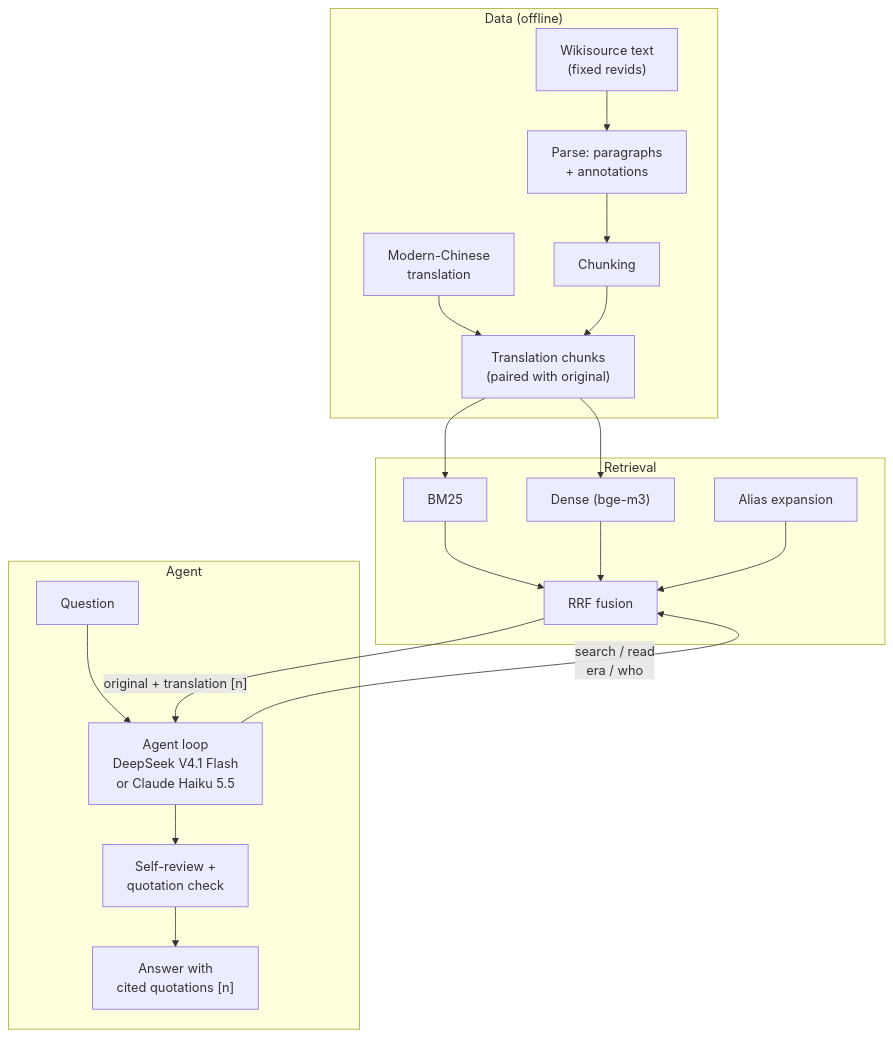
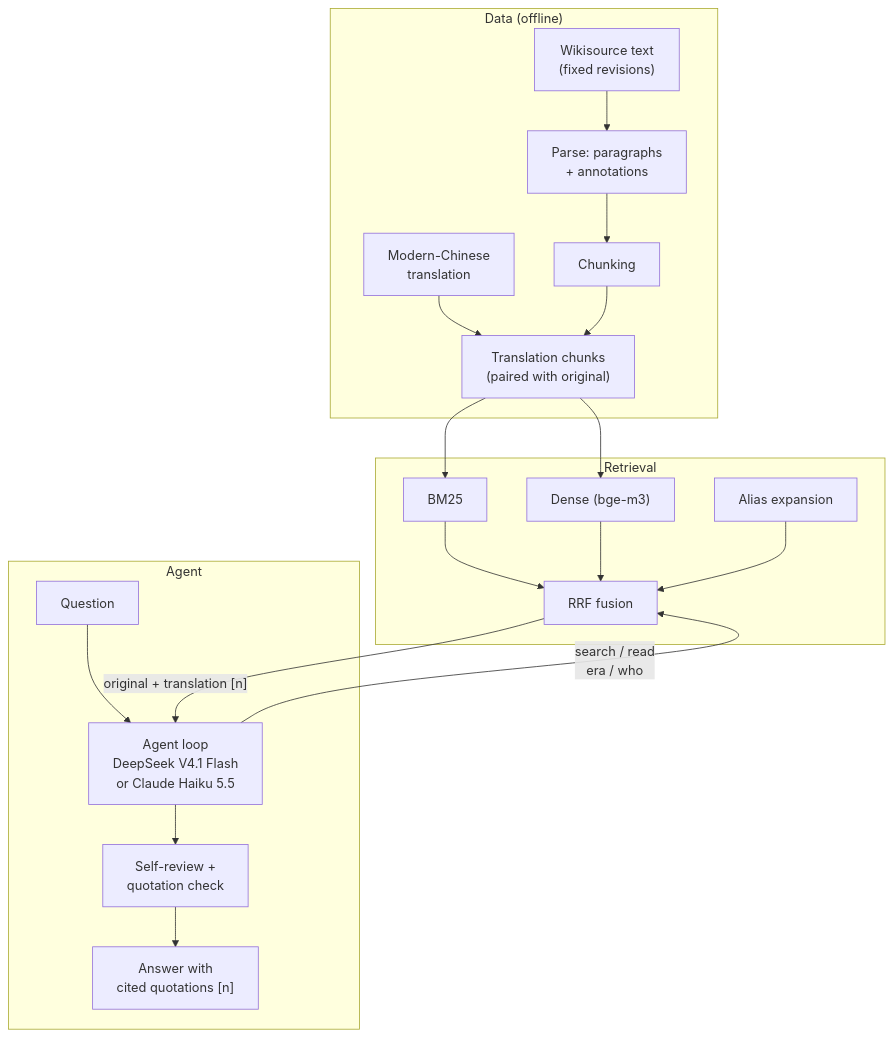
One commit to DynHelium/sanguozhi-rag changed the diagram in README.md. Above: the diagram before and after it, drawn with Mermaid. The commit also changed other lines of this file and 15 other files, not shown here.

````diff
--- a/README.md
+++ b/README.md
@@ -201,23 +75,23 @@
 ```mermaid
 flowchart TB
     subgraph data["Data (offline)"]
-        W["Wikisource text<br/>(fixed revids)"] --> P["Parse: paragraphs<br/>+ annotations"]
+        W["Wikisource text<br/>(fixed revisions)"] --> P["Parse: paragraphs<br/>+ annotations"]
         P --> C["Chunking"]
         T["Modern-Chinese<br/>translation"] --> TC["Translation chunks<br/>(paired with original)"]
         C --> TC
     end
     subgraph retrieval["Retrieval"]
         B["BM25"] --> F["RRF fusion"]
         D["Dense (bge-m3)"] --> F
         E["Alias expansion"] --> F
     end
     subgraph agent["Agent"]
         Q["Question"] --> L["Agent loop<br/>DeepSeek V4.1 Flash<br/>or Claude Haiku 5.5"]
         L --> R["Self-review +<br/>quotation check"]
         R --> O["Answer with<br/>cited quotations [n]"]
     end
     TC --> B
     TC --> D
     L -- "search / read<br/>era / who" --> F
     F -- "original + translation [n]" --> L
 ```
````
